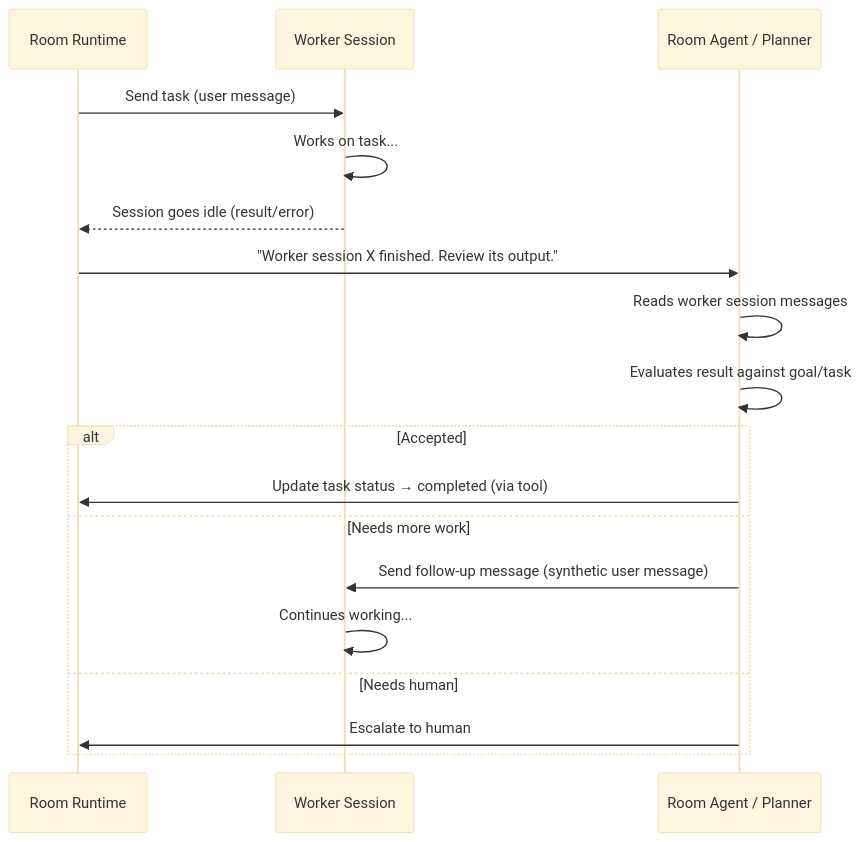
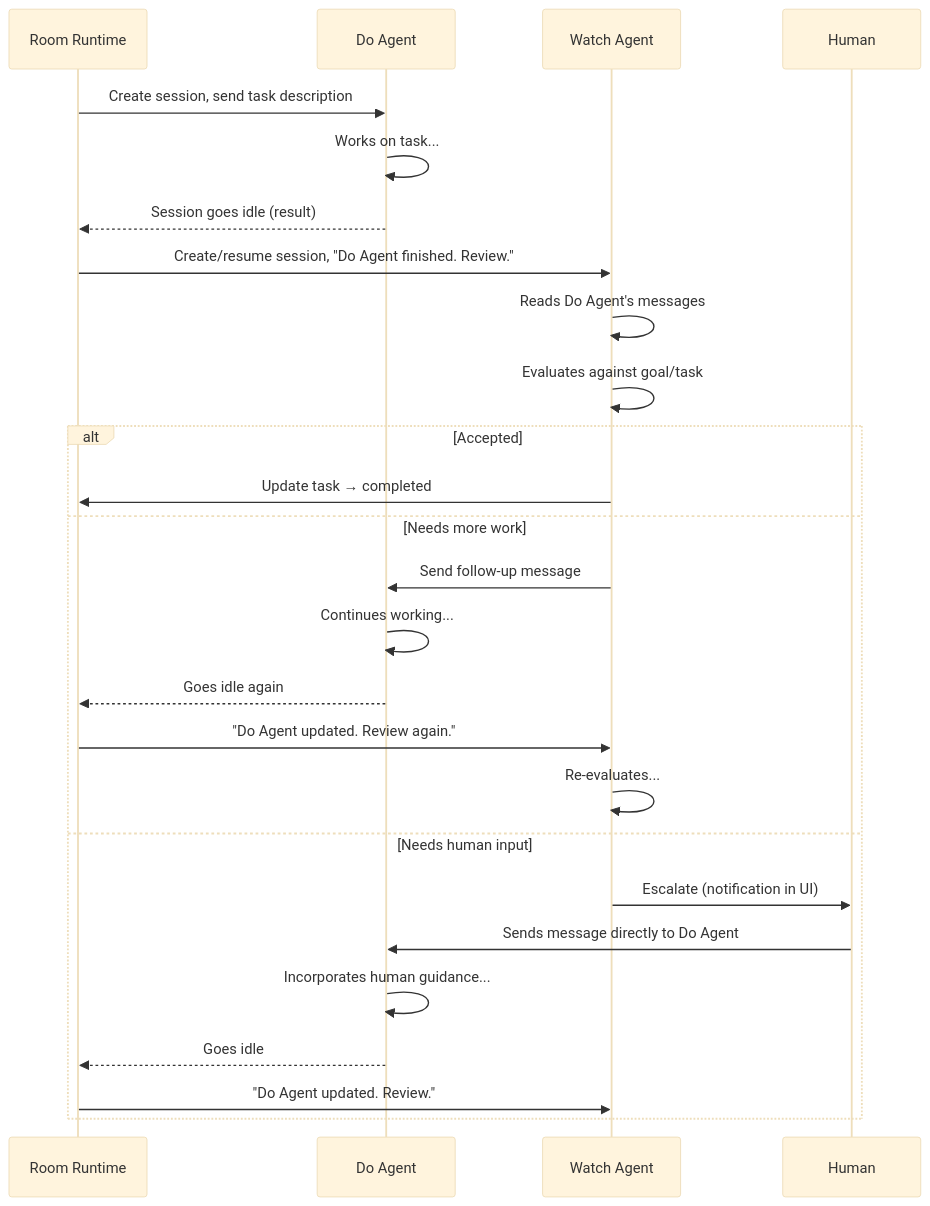
One commit to lsm/neokai changed the fifth of 7 diagrams in docs/design/room-runtime-spec.md. Above: the diagram before and after it, drawn with Mermaid (base theme). The commit also changed other lines of this file, not shown here.

First line of the commit message:
docs: update room runtime spec to v0.3 — Do/Watch agent model

````diff
--- a/docs/design/room-runtime-spec.md
+++ b/docs/design/room-runtime-spec.md
@@ -142,21 +210,30 @@
 ```mermaid
 sequenceDiagram
     participant RT as Room Runtime
-    participant W as Worker Session
-    participant RA as Room Agent / Planner
+    participant D as Do Agent
+    participant W as Watch Agent
+    participant H as Human
 
-    RT->>W: Send task (user message)
-    W->>W: Works on task...
-    W-->>RT: Session goes idle (result/error)
-    RT->>RA: "Worker session X finished. Review its output."
-    RA->>RA: Reads worker session messages
-    RA->>RA: Evaluates result against goal/task
+    RT->>D: Create session, send task description
+    D->>D: Works on task...
+    D-->>RT: Session goes idle (result)
+    RT->>W: Create/resume session, "Do Agent finished. Review."
+    W->>W: Reads Do Agent's messages
+    W->>W: Evaluates against goal/task
+
     alt Accepted
-        RA->>RT: Update task status → completed (via tool)
+        W->>RT: Update task → completed
     else Needs more work
-        RA->>W: Send follow-up message (synthetic user message)
-        W->>W: Continues working...
-    else Needs human
-        RA->>RT: Escalate to human
+        W->>D: Send follow-up message
+        D->>D: Continues working...
+        D-->>RT: Goes idle again
+        RT->>W: "Do Agent updated. Review again."
+        W->>W: Re-evaluates...
+    else Needs human input
+        W->>H: Escalate (notification in UI)
+        H->>D: Sends message directly to Do Agent
+        D->>D: Incorporates human guidance...
+        D-->>RT: Goes idle
+        RT->>W: "Do Agent updated. Review."
     end
 ```
````
